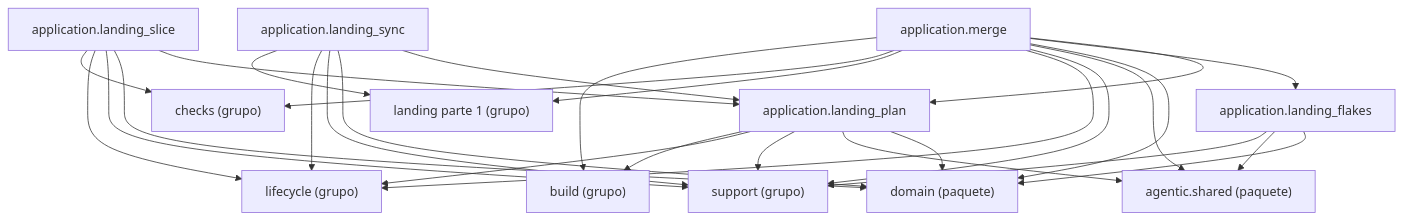
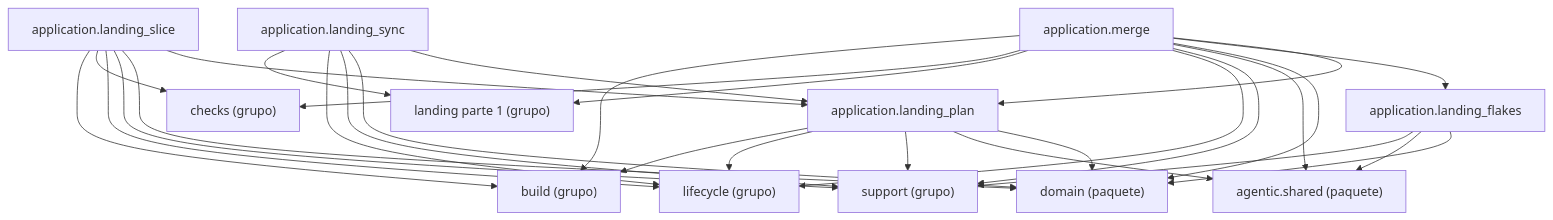
The diagram in docs/architecture/generated/packages-process-application-landing-2.md (GonzaloZevallos/agentic-system), drawn with Mermaid before and after one commit. The commit also changed 3 other files, not shown here.

Commit message:
Regenerate architecture docs for the api_break application module

````diff
--- a/docs/architecture/generated/packages-process-application-landing-2.md
+++ b/docs/architecture/generated/packages-process-application-landing-2.md
@@ -16,42 +16,43 @@
 ```mermaid
 graph TD
     g_application__build["build (grupo)"]
     g_application__checks["checks (grupo)"]
     g_application__landing__1["landing parte 1 (grupo)"]
     g_application__lifecycle["lifecycle (grupo)"]
     g_application__support["support (grupo)"]
     g_pkg__agentic__shared["agentic.shared (paquete)"]
     g_pkg__domain["domain (paquete)"]
     m_application__landing_flakes["application.landing_flakes"]
     m_application__landing_plan["application.landing_plan"]
     m_application__landing_slice["application.landing_slice"]
     m_application__landing_sync["application.landing_sync"]
     m_application__merge["application.merge"]
     m_application__landing_flakes --> g_application__support
     m_application__landing_flakes --> g_pkg__agentic__shared
     m_application__landing_flakes --> g_pkg__domain
     m_application__landing_plan --> g_application__build
     m_application__landing_plan --> g_application__lifecycle
     m_application__landing_plan --> g_application__support
     m_application__landing_plan --> g_pkg__agentic__shared
     m_application__landing_plan --> g_pkg__domain
+    m_application__landing_slice --> g_application__build
     m_application__landing_slice --> g_application__checks
     m_application__landing_slice --> g_application__lifecycle
     m_application__landing_slice --> g_application__support
     m_application__landing_slice --> g_pkg__domain
     m_application__landing_slice --> m_application__landing_plan
     m_application__landing_sync --> g_application__landing__1
     m_application__landing_sync --> g_application__lifecycle
     m_application__landing_sync --> g_application__support
     m_application__landing_sync --> g_pkg__domain
     m_application__landing_sync --> m_application__landing_plan
     m_application__merge --> g_application__build
     m_application__merge --> g_application__checks
     m_application__merge --> g_application__landing__1
     m_application__merge --> g_application__lifecycle
     m_application__merge --> g_application__support
     m_application__merge --> g_pkg__agentic__shared
     m_application__merge --> g_pkg__domain
     m_application__merge --> m_application__landing_flakes
     m_application__merge --> m_application__landing_plan
 ```
````
